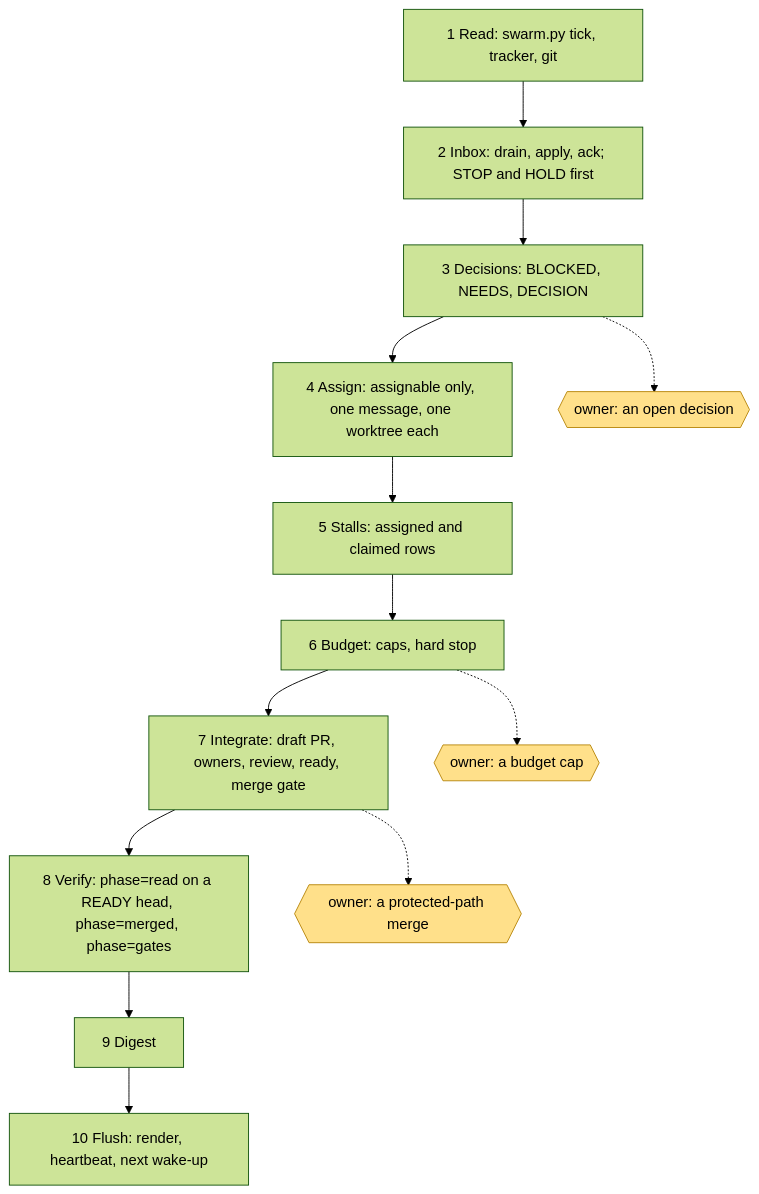
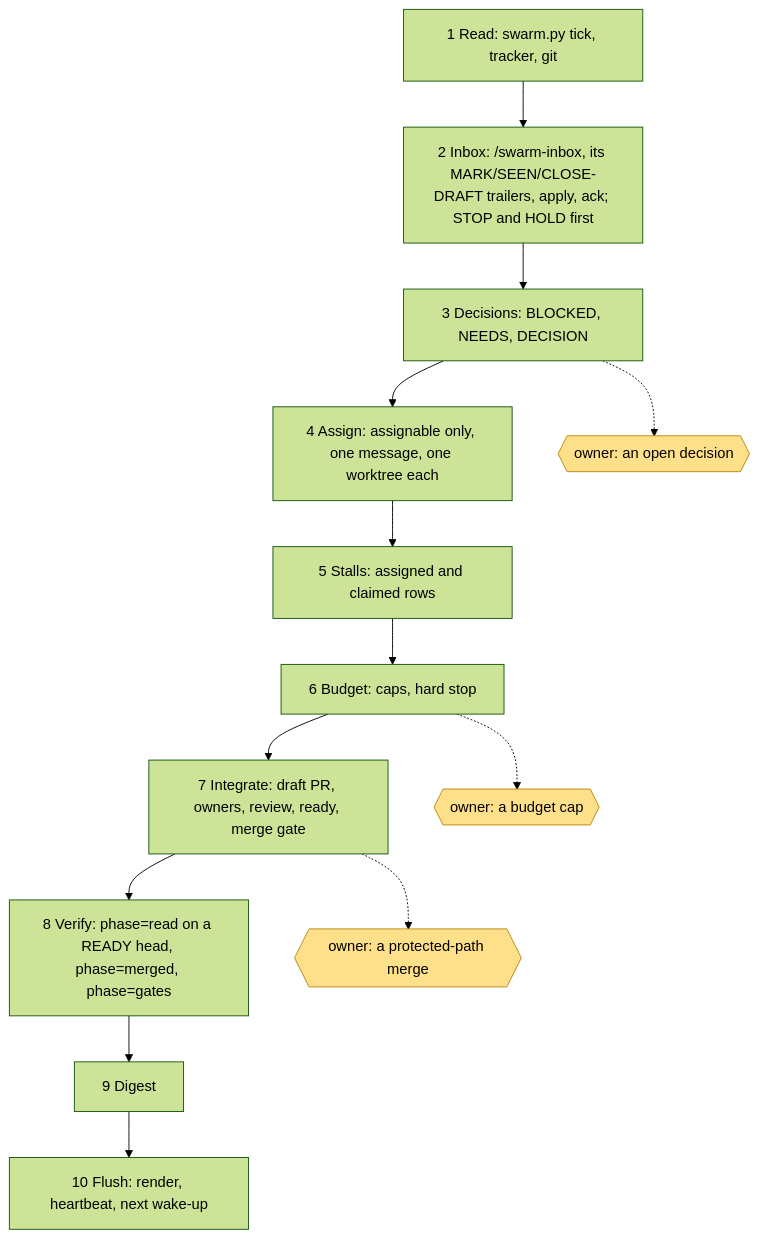
Before and after one commit to MdaaaaO/ai-baton: the diagram in skills/swarm-run/reference/flow.md, drawn with Mermaid (forest theme). The commit also changed 102 other files, not shown here.

Commit message:
feat(skills): swarm-inbox and swarm-status, the sweep and the digest (#724)

````diff
--- a/skills/swarm-run/reference/flow.md
+++ b/skills/swarm-run/reference/flow.md
@@ -6,17 +6,17 @@
 ```mermaid
 flowchart TD
-  R[1 Read: swarm.py tick, tracker, git] --> I[2 Inbox: drain, apply, ack; STOP and HOLD first]
+  R[1 Read: swarm.py tick, tracker, git] --> I[2 Inbox: /swarm-inbox, its MARK/SEEN/CLOSE-DRAFT trailers, apply, ack; STOP and HOLD first]
   I --> D[3 Decisions: BLOCKED, NEEDS, DECISION]
   D --> A[4 Assign: assignable only, one message, one worktree each]
   A --> S[5 Stalls: assigned and claimed rows]
   S --> B[6 Budget: caps, hard stop]
   B --> G[7 Integrate: draft PR, owners, review, ready, merge gate]
   G --> V[8 Verify: phase=read on a READY head, phase=merged, phase=gates]
   V --> DG[9 Digest]
   DG --> F[10 Flush: render, heartbeat, next wake-up]
   D -.-> HD{{owner: an open decision}}
   B -.-> HB{{owner: a budget cap}}
   G -.-> HM{{owner: a protected-path merge}}
   classDef human fill:#ffe08a,stroke:#b8860b
   class HD,HB,HM human
 ```
````
